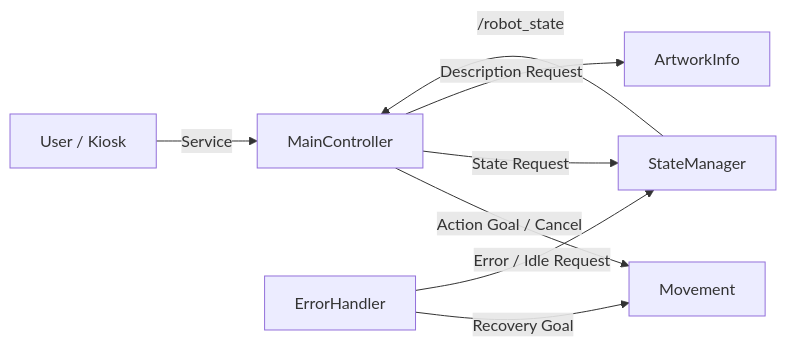
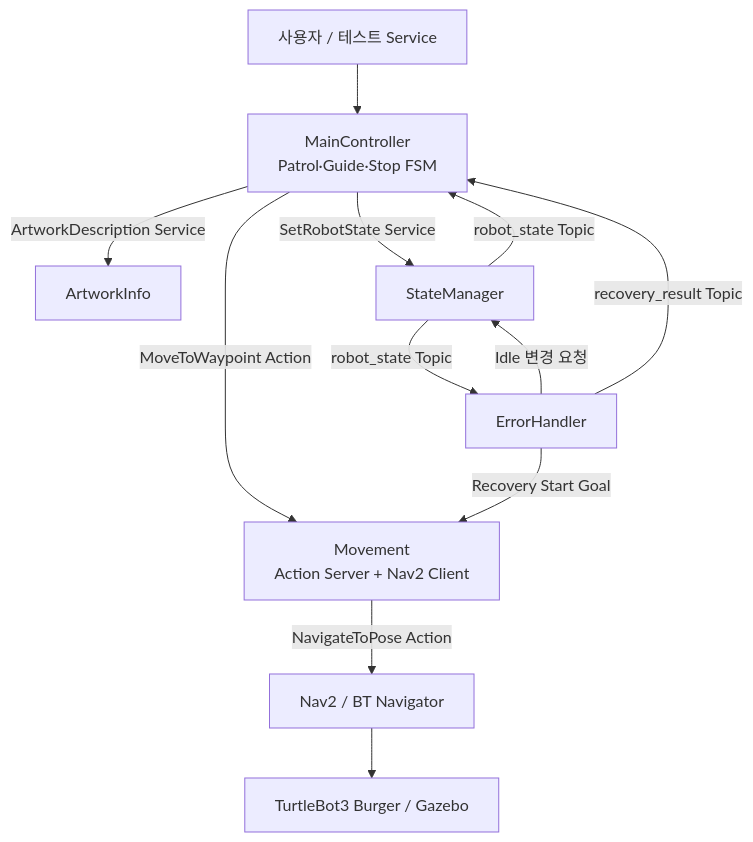
Before and after one commit to hyegyeong-Y/museum_docent_robot: the diagram in README.md, drawn with Mermaid. The commit also changed other lines of this file and 9 other files, not shown here.

Commit message:
Release v1.1: TurtleBot3 Burger and Nav2 integration

````diff
--- a/README.md
+++ b/README.md
@@ -9,13 +25,14 @@
 ```mermaid
-flowchart LR
-    User[User / Kiosk] -->|Service| Main[MainController]
-
-    Main -->|Action Goal / Cancel| Move[Movement]
-    Main -->|State Request| State[StateManager]
-    Main -->|Description Request| Art[ArtworkInfo]
-
-    Error[ErrorHandler] -->|Recovery Goal| Move
-    Error -->|Error / Idle Request| State
-
-    State -->|/robot_state| Main
+flowchart TD
+    User[사용자 / 테스트 Service] --> MC[MainController\nPatrol·Guide·Stop FSM]
+    MC -->|MoveToWaypoint Action| MV[Movement\nAction Server + Nav2 Client]
+    MV -->|NavigateToPose Action| NAV[Nav2 / BT Navigator]
+    NAV --> TB3[TurtleBot3 Burger / Gazebo]
+    MC -->|ArtworkDescription Service| ART[ArtworkInfo]
+    MC -->|SetRobotState Service| SM[StateManager]
+    SM -->|robot_state Topic| MC
+    SM -->|robot_state Topic| EH[ErrorHandler]
+    EH -->|Recovery Start Goal| MV
+    EH -->|Idle 변경 요청| SM
+    EH -->|recovery_result Topic| MC
 ```
````
